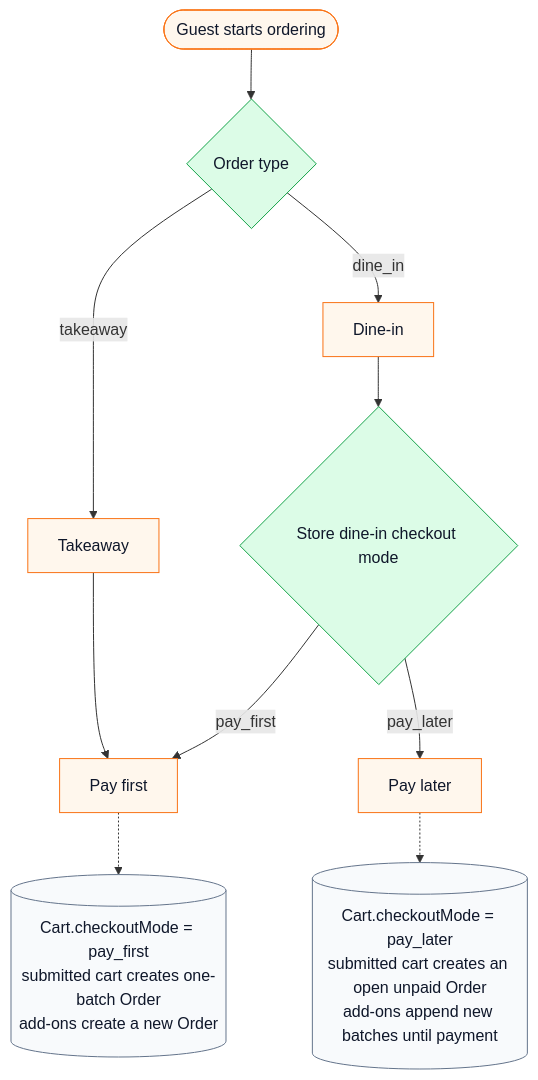
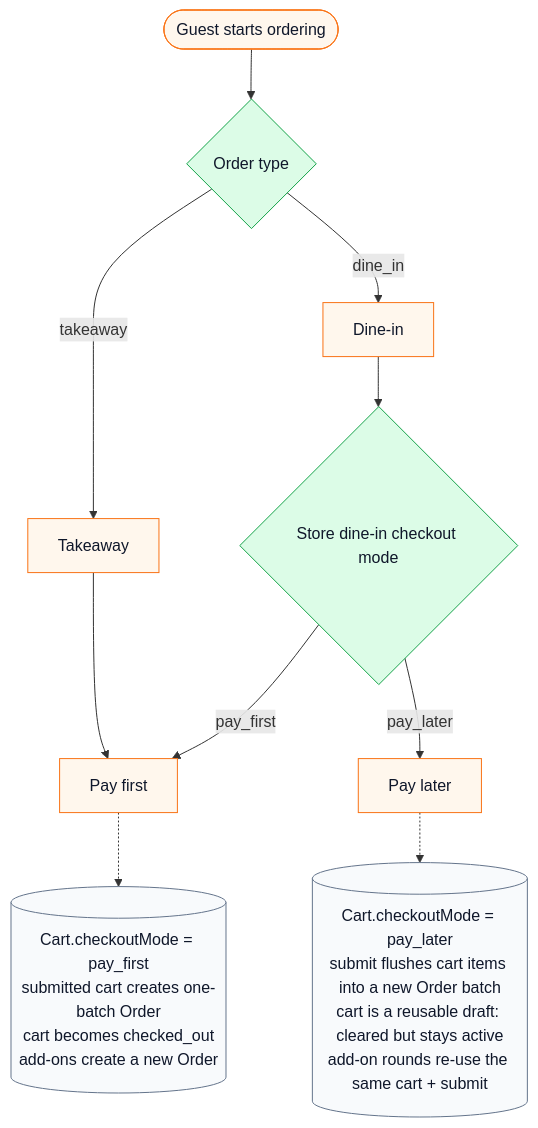
Before and after one commit to hyh009/ordering-platform: the first of 3 diagrams in docs/features/ordering-flow.md, drawn with Mermaid. The commit also changed other lines of this file and 3 other files, not shown here.

First line of the commit message:
docs(features): document reusable-cart add-on, decoupled order access, canAddOn

````diff
--- a/docs/features/ordering-flow.md
+++ b/docs/features/ordering-flow.md
@@ -9,28 +9,28 @@
 ```mermaid
 flowchart TD
   Start([Guest starts ordering])
   Type{Order type}
   DineIn[Dine-in]
   Takeaway[Takeaway]
   DineMode{Store dine-in checkout mode}
   PayFirst[Pay first]
   PayLater[Pay later]
 
   Start --> Type
   Type -->|dine_in| DineIn
   Type -->|takeaway| Takeaway
   Takeaway --> PayFirst
   DineIn --> DineMode
   DineMode -->|pay_first| PayFirst
   DineMode -->|pay_later| PayLater
 
-  PayFirst -.-> PFData[(Cart.checkoutMode = pay_first\nsubmitted cart creates one-batch Order\nadd-ons create a new Order)]
-  PayLater -.-> PLData[(Cart.checkoutMode = pay_later\nsubmitted cart creates an open unpaid Order\nadd-ons append new batches until payment)]
+  PayFirst -.-> PFData[(Cart.checkoutMode = pay_first\nsubmitted cart creates one-batch Order\ncart becomes checked_out\nadd-ons create a new Order)]
+  PayLater -.-> PLData[(Cart.checkoutMode = pay_later\nsubmit flushes cart items into a new Order batch\ncart is a reusable draft: cleared but stays active\nadd-on rounds re-use the same cart + submit)]
 
   classDef action fill:#fff7ed,stroke:#f97316,color:#0f172a
   classDef decision fill:#dcfce7,stroke:#16a34a,color:#0f172a
   classDef data fill:#f8fafc,stroke:#64748b,color:#0f172a
   class Start,DineIn,Takeaway,PayFirst,PayLater action
   class Type,DineMode decision
   class PFData,PLData data
 ```
````
